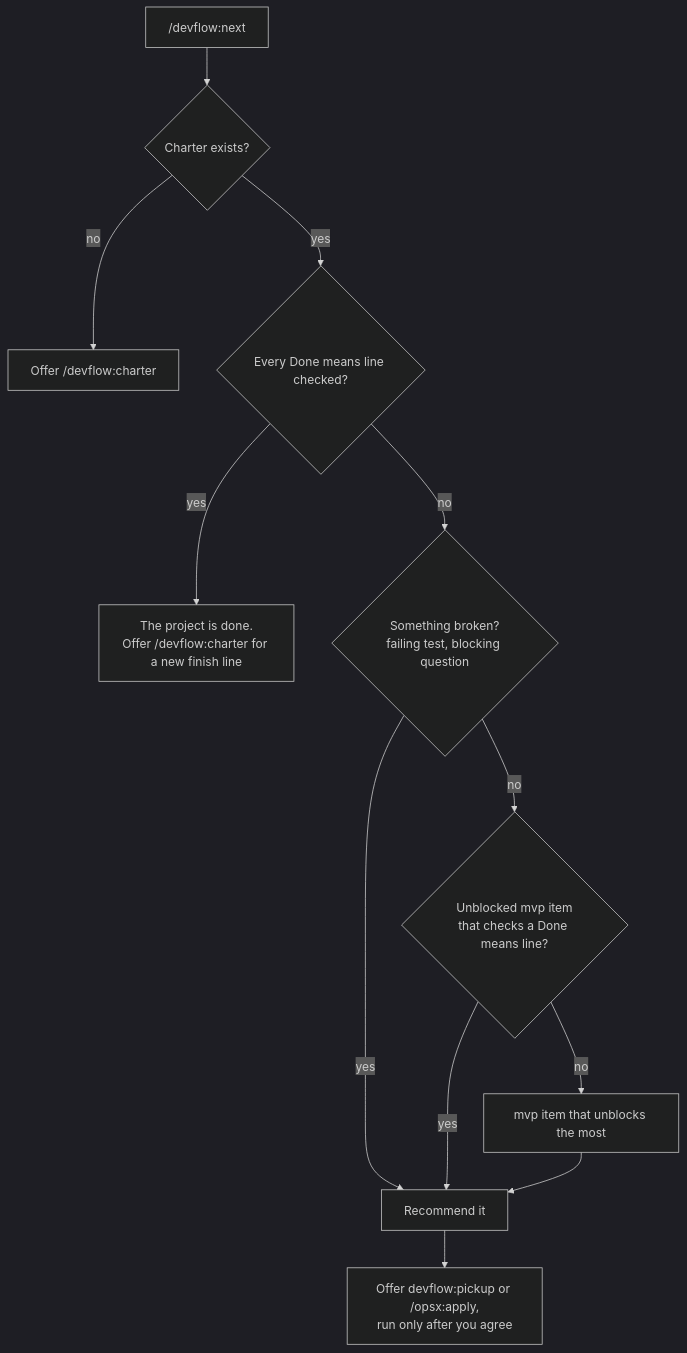
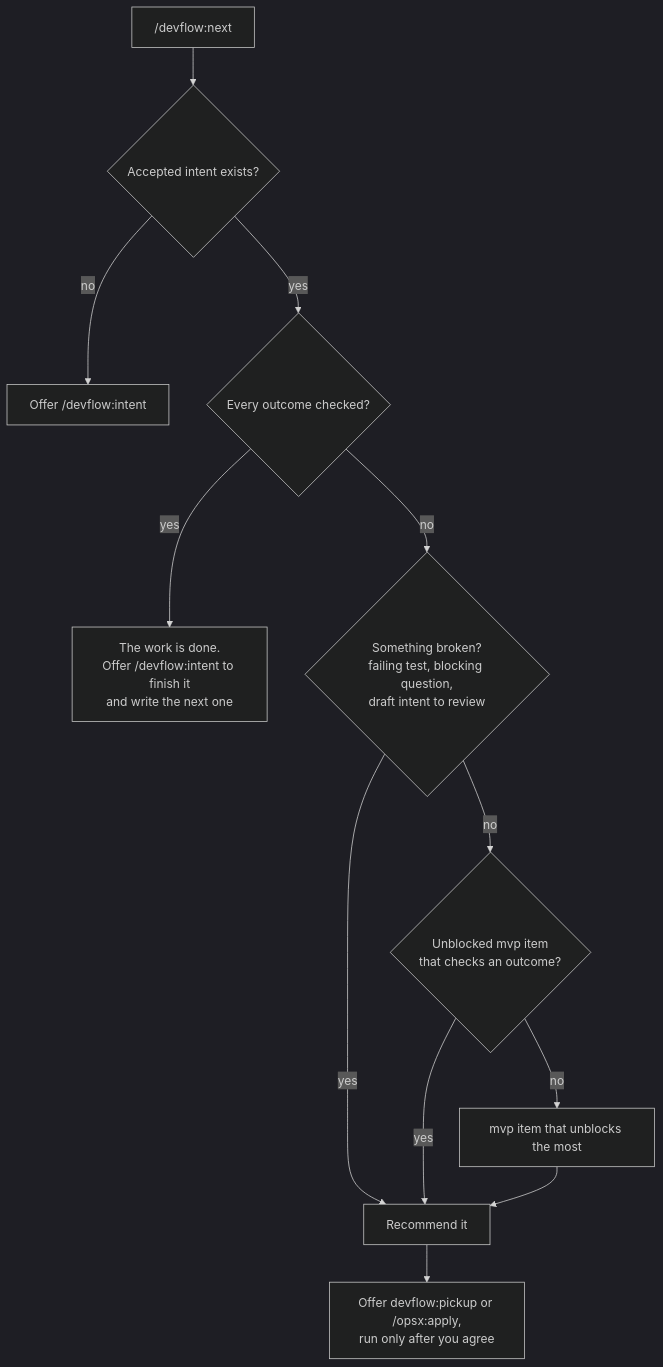
The eighth of 11 diagrams in devflow/README.md (sdevikar/sdlc-tools), drawn with Mermaid (dark theme) before and after one commit. The commit also changed other lines of this file and 13 other files, not shown here.

First line of the commit message:
feat(devflow): replace the charter with the playbook's intent.md

````diff
--- a/devflow/README.md
+++ b/devflow/README.md
@@ -267,14 +282,14 @@
 ```mermaid
 flowchart TD
-    S["/devflow:next"] --> C{"Charter exists?"}
-    C -- no --> OC["Offer /devflow:charter"]
-    C -- yes --> A{"Every Done means line checked?"}
-    A -- yes --> DONE["The project is done.<br/>Offer /devflow:charter for a new finish line"]
-    A -- no --> R1{"Something broken?<br/>failing test, blocking question"}
+    S["/devflow:next"] --> C{"Accepted intent exists?"}
+    C -- no --> OC["Offer /devflow:intent"]
+    C -- yes --> A{"Every outcome checked?"}
+    A -- yes --> DONE["The work is done.<br/>Offer /devflow:intent to finish it<br/>and write the next one"]
+    A -- no --> R1{"Something broken?<br/>failing test, blocking question,<br/>draft intent to review"}
     R1 -- yes --> OUT["Recommend it"]
-    R1 -- no --> R2{"Unblocked mvp item<br/>that checks a Done means line?"}
+    R1 -- no --> R2{"Unblocked mvp item<br/>that checks an outcome?"}
     R2 -- yes --> OUT
     R2 -- no --> R3["mvp item that unblocks the most"]
     R3 --> OUT
     OUT --> OFF["Offer devflow:pickup or /opsx:apply,<br/>run only after you agree"]
 ```
````
